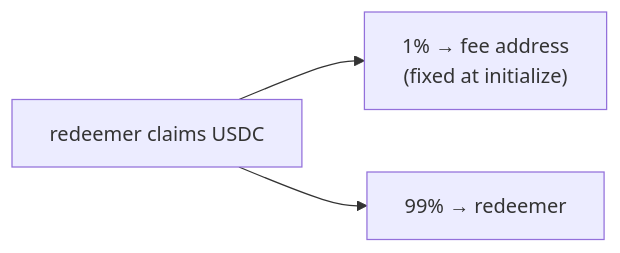
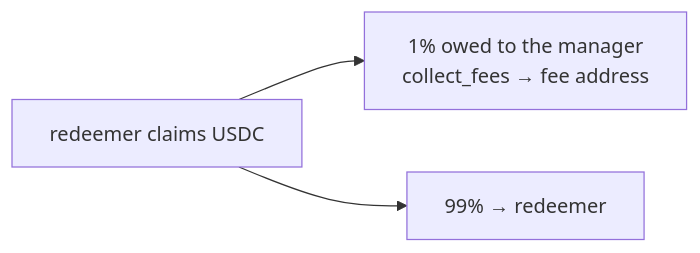
The ninth of 14 diagrams in README.md (0xnex/tide), drawn with Mermaid before and after one commit. The commit also changed other lines of this file and 4 other files, not shown here.

First line of the commit message:
feat: 1% withdrawal fee to the manager

````diff
--- a/README.md
+++ b/README.md
@@ -147,5 +147,5 @@
 ```mermaid
 flowchart LR
-  C["redeemer claims USDC"] --> F["1% → fee address<br/>(fixed at initialize)"]
+  C["redeemer claims USDC"] --> F["1% owed to the manager<br/>collect_fees → fee address"]
   C --> U["99% → redeemer"]
 ```
````
